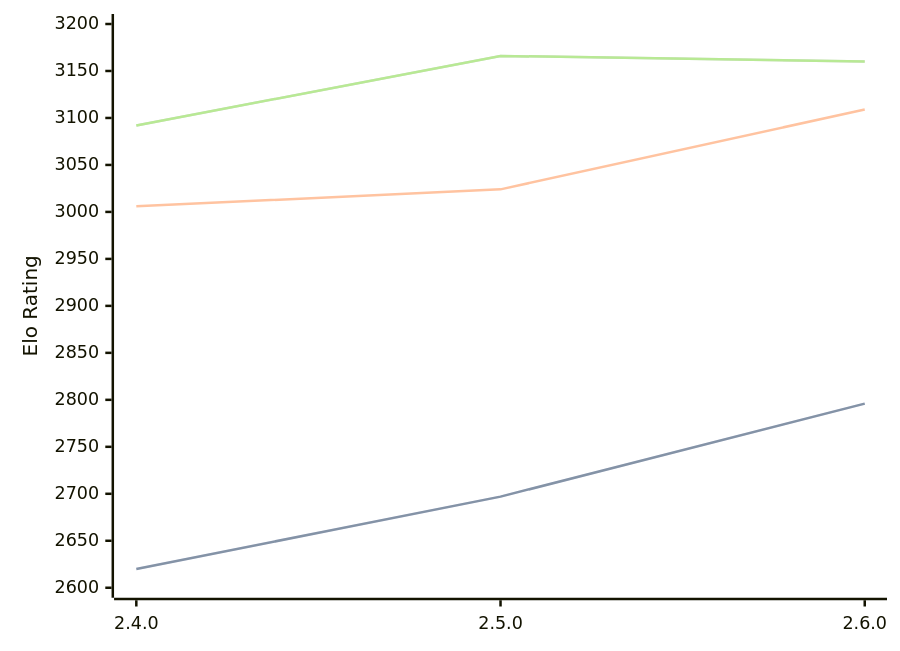
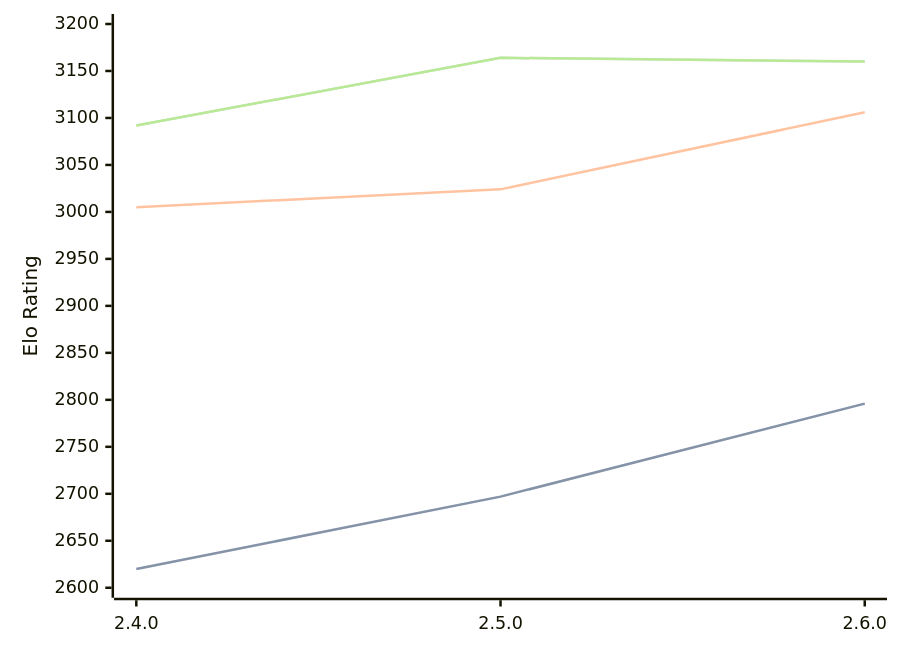
One commit to computer-chess-index/cci changed the diagram in engines/Sturddle2.md. Above: the diagram before and after it, drawn with Mermaid. The commit also changed other lines of this file, not shown here.

Commit message:
Update CCI Ratings (ELO VLTC) - 2026-09-01

````diff
--- a/engines/Sturddle2.md
+++ b/engines/Sturddle2.md
@@ -33,11 +33,11 @@
 ```mermaid
 %%{init: {"theme":"base","themeVariables":{"seriesColors:['#a3a3a3','#222221','#faa371']}}}%%
 xychart-beta
   x-axis ["2.4.0", "2.5.0", "2.6.0"]
   y-axis "Elo Rating" 2600 --> 3200
   line "" [2620, 2697, 2796]
   line "STC (8.0+0.08s)" [2620, 2697, 2796]
-  line "LTC (60.0+0.60s)" [3006, 3024, 3109]
-  line "" [3092, 3166, 3160]
-  line "VLTC (2m24s+1.12s)" [3092, 3166, 3160]
+  line "LTC (60.0+0.60s)" [3005, 3024, 3106]
+  line "" [3092, 3164, 3160]
+  line "VLTC (2m24s+1.12s)" [3092, 3164, 3160]
 ```
````
